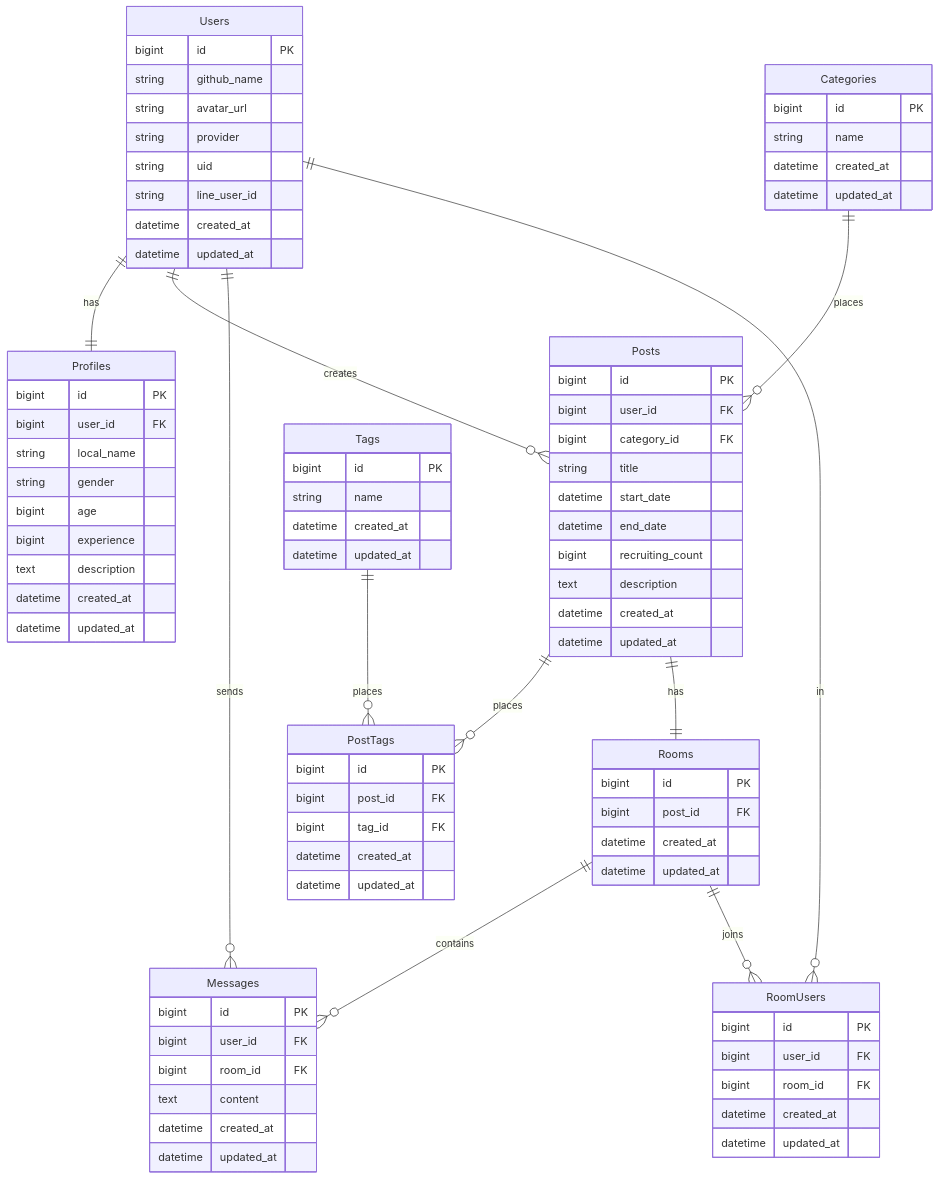
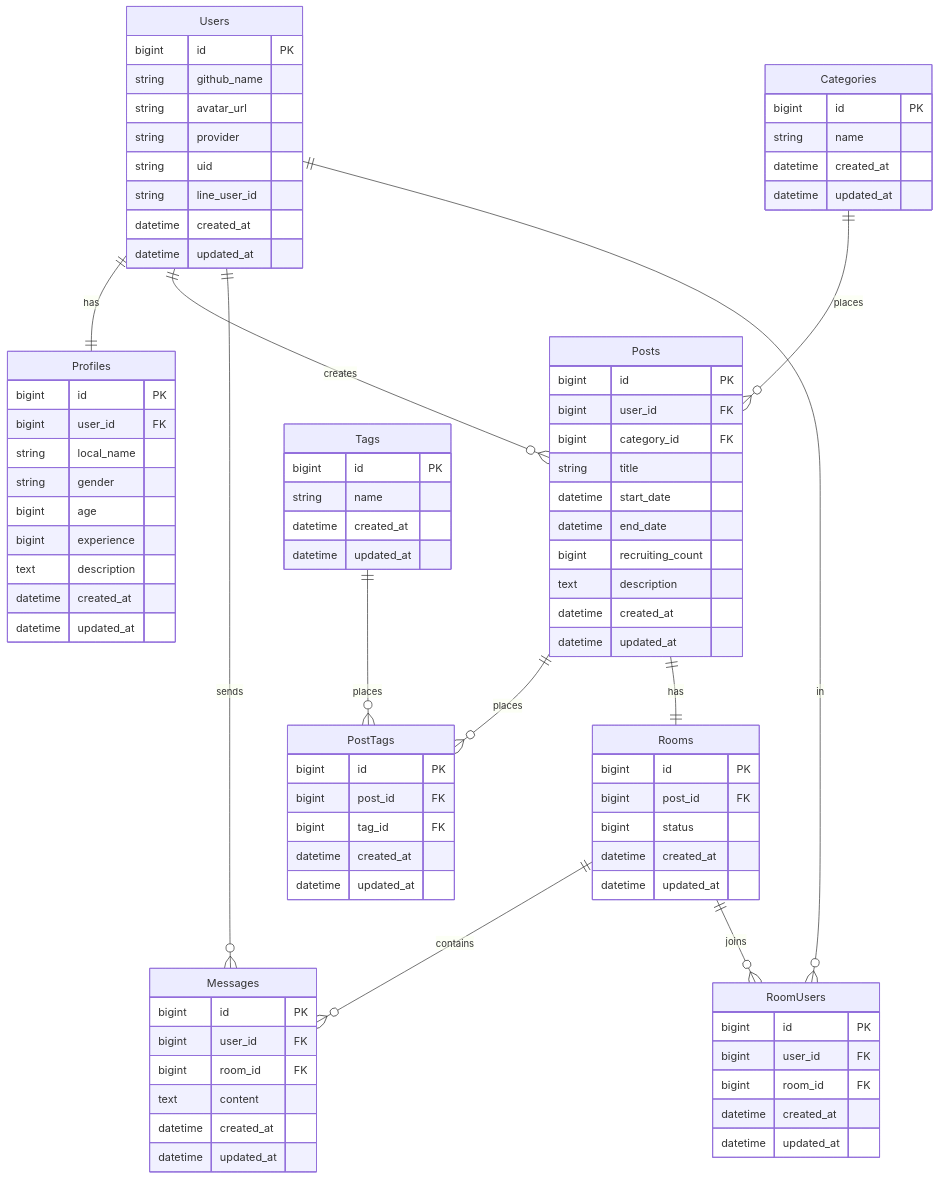
Before and after one commit to zakkiiy/pairdev: the diagram in README.md, drawn with Mermaid.

Commit message:
Update README.md
Roomsテーブルにstatusカラムを追記

```diff
--- a/README.md
+++ b/README.md
@@ -78,6 +78,7 @@
 Rooms {
 	bigint id PK
   bigint post_id FK
+	bigint status
 	datetime created_at
 	datetime updated_at
 }
```
